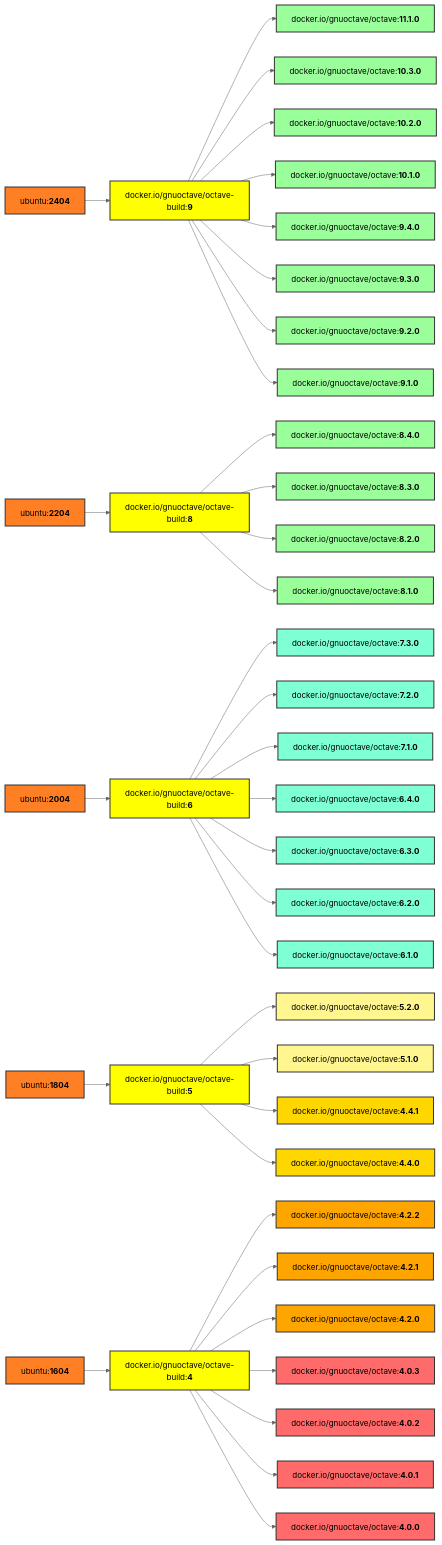
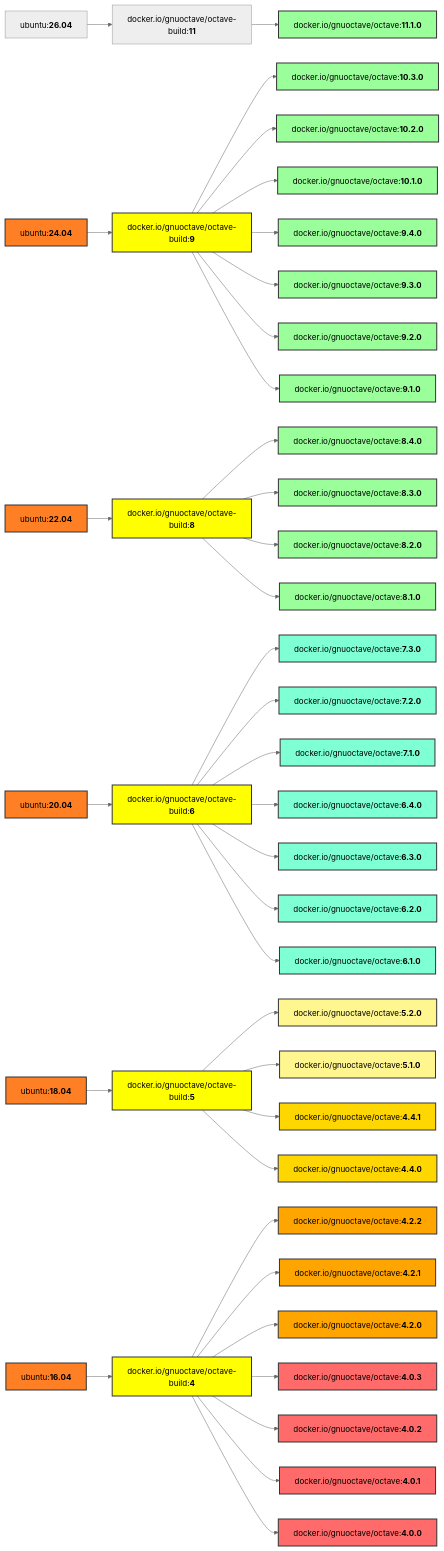
One commit to gnu-octave/docker changed the diagram in README.md. Above: the diagram before and after it, drawn with Mermaid (neutral theme). The commit also changed other lines of this file and 3 other files, not shown here.

Commit message:
New build image for latest Octave 11+ and simplify build-octave-9.docker for legacy build support

````diff
--- a/README.md
+++ b/README.md
@@ -130,11 +130,12 @@
 ```mermaid
 graph LR
-    U5[ubuntu:<b>2404</b>] --> b9[docker.io/gnuoctave/octave-build:<b>9</b>];
-    U4[ubuntu:<b>2204</b>] --> b8[docker.io/gnuoctave/octave-build:<b>8</b>];
-    U3[ubuntu:<b>2004</b>] --> b6[docker.io/gnuoctave/octave-build:<b>6</b>];
-    U2[ubuntu:<b>1804</b>] --> b5[docker.io/gnuoctave/octave-build:<b>5</b>];
-    U1[ubuntu:<b>1604</b>] --> b4[docker.io/gnuoctave/octave-build:<b>4</b>];
-    b9 --> v1110[docker.io/gnuoctave/octave:<b>11.1.0</b>];
+    U6[ubuntu:<b>26.04</b>] --> b11[docker.io/gnuoctave/octave-build:<b>11</b>];
+    U5[ubuntu:<b>24.04</b>] --> b9[docker.io/gnuoctave/octave-build:<b>9</b>];
+    U4[ubuntu:<b>22.04</b>] --> b8[docker.io/gnuoctave/octave-build:<b>8</b>];
+    U3[ubuntu:<b>20.04</b>] --> b6[docker.io/gnuoctave/octave-build:<b>6</b>];
+    U2[ubuntu:<b>18.04</b>] --> b5[docker.io/gnuoctave/octave-build:<b>5</b>];
+    U1[ubuntu:<b>16.04</b>] --> b4[docker.io/gnuoctave/octave-build:<b>4</b>];
+    b11 --> v1110[docker.io/gnuoctave/octave:<b>11.1.0</b>];
     b9 --> v1030[docker.io/gnuoctave/octave:<b>10.3.0</b>];
     b9 --> v1020[docker.io/gnuoctave/octave:<b>10.2.0</b>];
     b9 --> v1010[docker.io/gnuoctave/octave:<b>10.1.0</b>];
````
